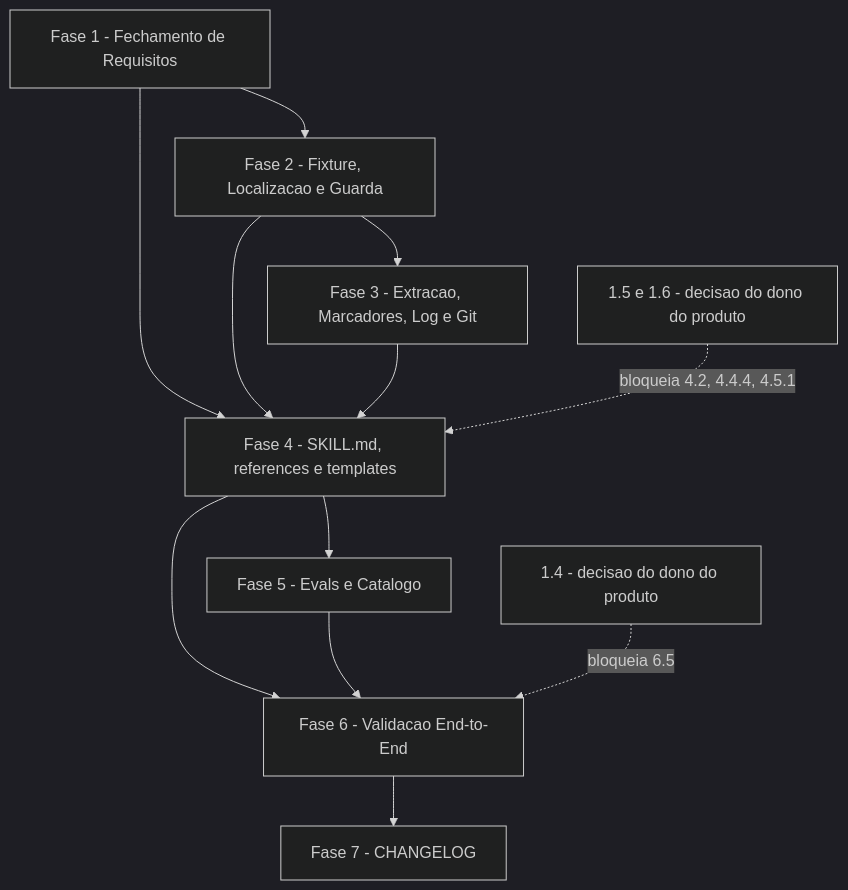
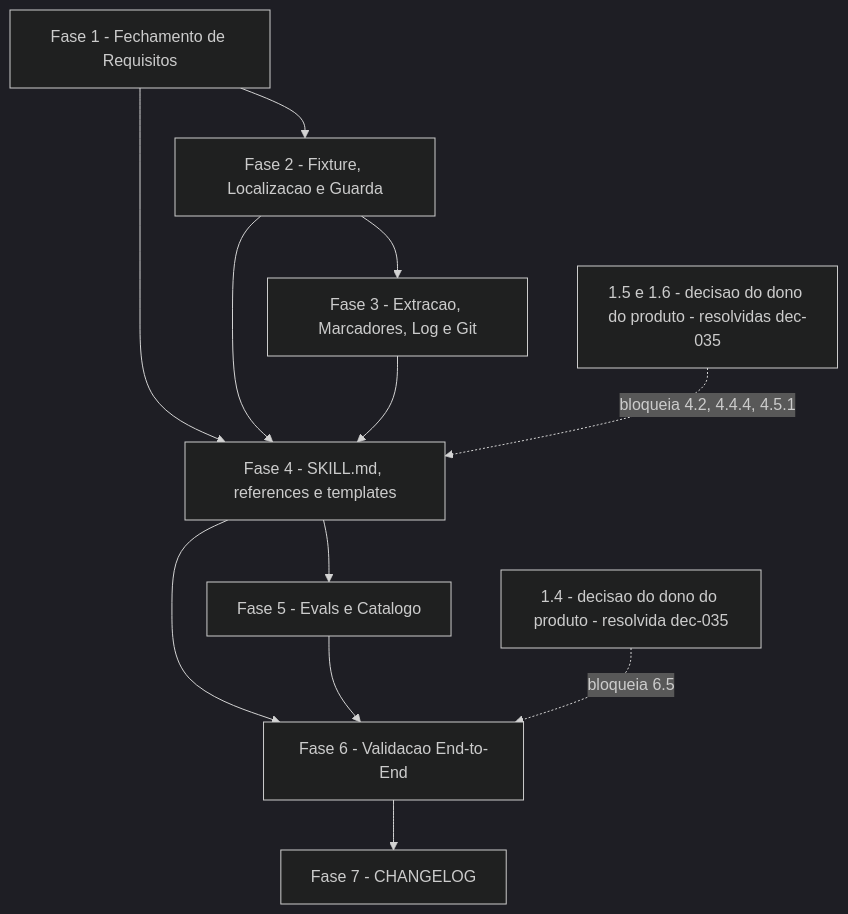
Before and after one commit to JotJunior/cstk: the diagram in docs/specs/code-reconciliation/tasks.md, drawn with Mermaid (dark theme). The commit also changed other lines of this file and 14 other files, not shown here.

````diff
--- a/docs/specs/code-reconciliation/tasks.md
+++ b/docs/specs/code-reconciliation/tasks.md
@@ -489,24 +495,24 @@
 ```mermaid
 flowchart TD
     F1[Fase 1 - Fechamento de Requisitos]
     F2[Fase 2 - Fixture, Localizacao e Guarda]
     F3[Fase 3 - Extracao, Marcadores, Log e Git]
     F4[Fase 4 - SKILL.md, references e templates]
     F5[Fase 5 - Evals e Catalogo]
     F6[Fase 6 - Validacao End-to-End]
     F7[Fase 7 - CHANGELOG]
-    H45[1.5 e 1.6 - decisao do dono do produto]
-    H4[1.4 - decisao do dono do produto]
+    H45[1.5 e 1.6 - decisao do dono do produto - resolvidas dec-035]
+    H4[1.4 - decisao do dono do produto - resolvida dec-035]
 
     F1 --> F4
     F1 --> F2
     F2 --> F3
     F2 --> F4
     F3 --> F4
     F4 --> F5
     F4 --> F6
     F5 --> F6
     F6 --> F7
     H45 -.->|bloqueia 4.2, 4.4.4, 4.5.1| F4
     H4 -.->|bloqueia 6.5| F6
 ```
````
